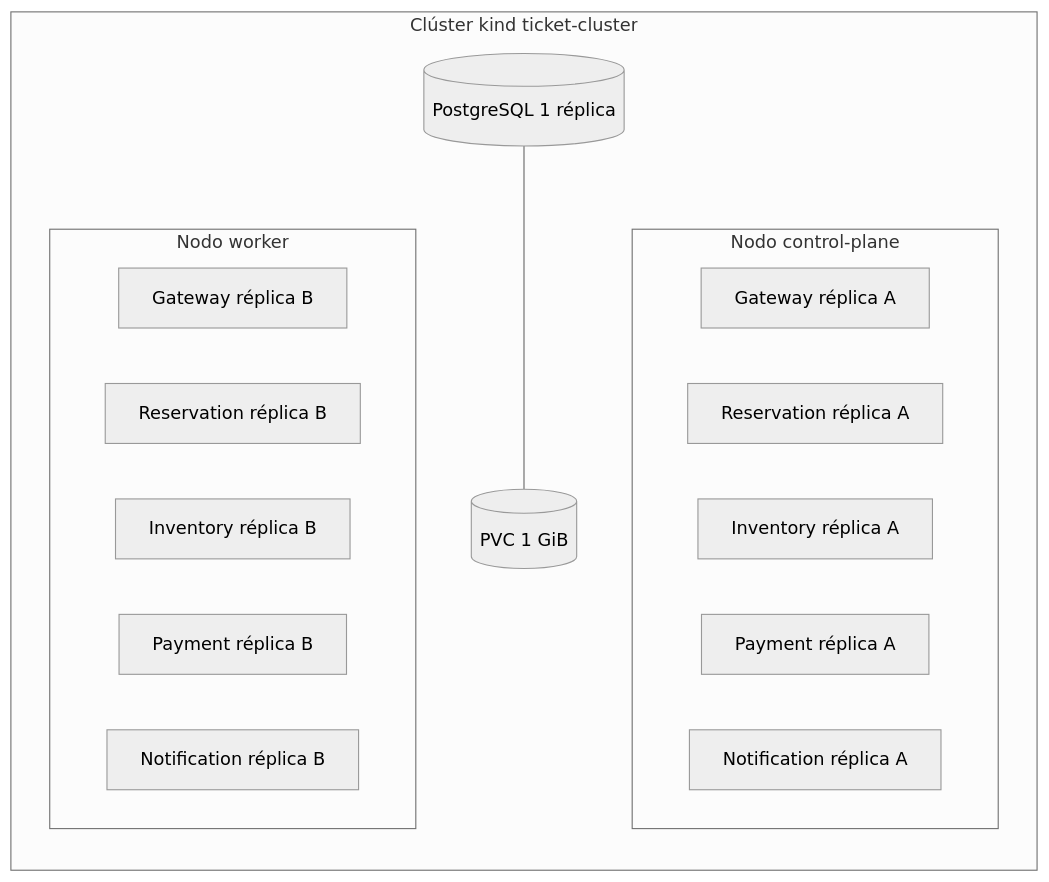
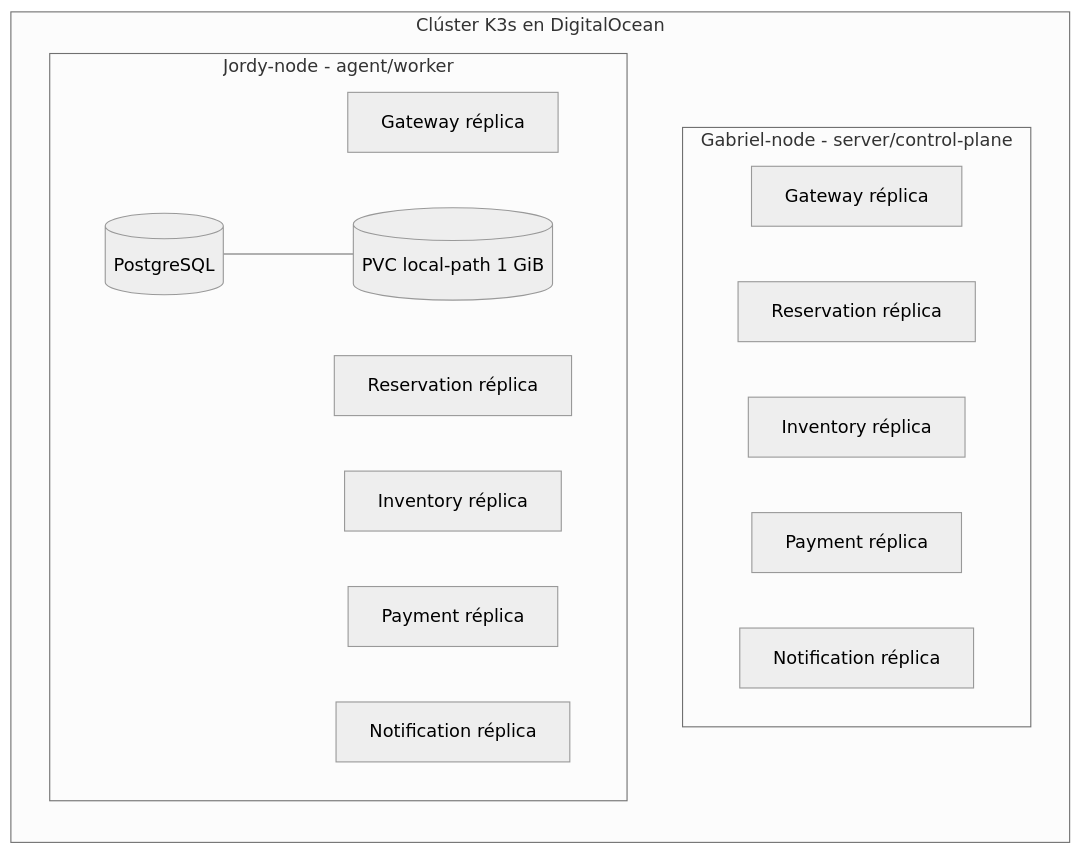
One commit to UPSGabriel/ticket-reservation-system changed the second of 3 diagrams in docs/ARQUITECTURA.md. Above: the diagram before and after it, drawn with Mermaid (neutral theme). The commit also changed other lines of this file, not shown here.

Commit message:
Actualizar arquitectura final a DigitalOcean y K3s

````diff
--- a/docs/ARQUITECTURA.md
+++ b/docs/ARQUITECTURA.md
@@ -22,22 +33,23 @@
 ```mermaid
 flowchart LR
-    subgraph K[Clúster kind ticket-cluster]
-        subgraph A[Nodo control-plane]
-            G1[Gateway réplica A]
-            R1[Reservation réplica A]
-            I1[Inventory réplica A]
-            P1[Payment réplica A]
-            N1[Notification réplica A]
+    subgraph K[Clúster K3s en DigitalOcean]
+        subgraph A[Gabriel-node - server/control-plane]
+            G1[Gateway réplica]
+            R1[Reservation réplica]
+            I1[Inventory réplica]
+            P1[Payment réplica]
+            N1[Notification réplica]
         end
 
-        subgraph B[Nodo worker]
-            G2[Gateway réplica B]
-            R2[Reservation réplica B]
-            I2[Inventory réplica B]
-            P2[Payment réplica B]
-            N2[Notification réplica B]
+        subgraph B[Jordy-node - agent/worker]
+            G2[Gateway réplica]
+            R2[Reservation réplica]
+            I2[Inventory réplica]
+            P2[Payment réplica]
+            N2[Notification réplica]
+            DB[(PostgreSQL)]
+            PVC[(PVC local-path 1 GiB)]
+            DB --- PVC
         end
-
-        DB[(PostgreSQL 1 réplica)] --- PVC[(PVC 1 GiB)]
     end
 ```
````
